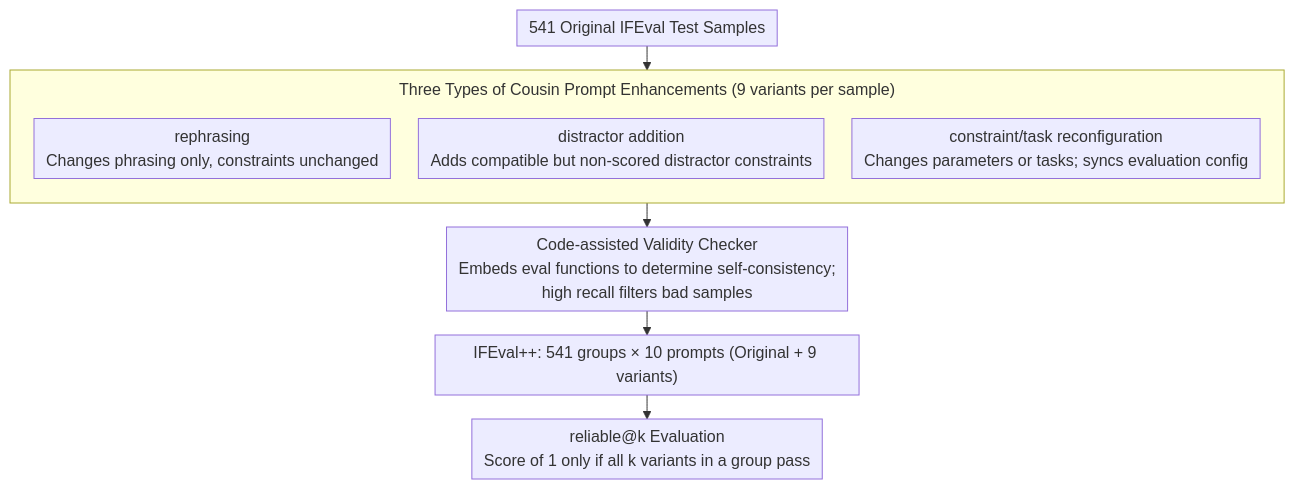
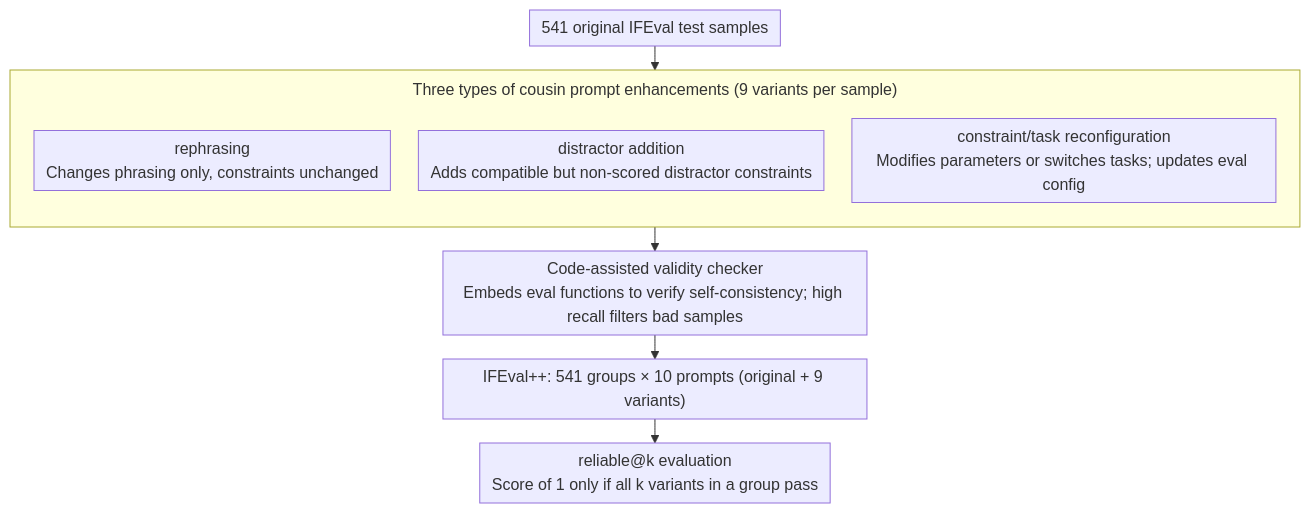
One commit to zhaoyang97/Paper-Notes-en changed the diagram in docs/ACL2026/llm_evaluation/revisiting_the_reliability_of_language_models_in_instruction-following.md. Above: the diagram before and after it, drawn with Mermaid. The commit also changed other lines of this file and 5084 other files, not shown here.

````diff
--- a/docs/ACL2026/llm_evaluation/revisiting_the_reliability_of_language_models_in_instruction-following.md
+++ b/docs/ACL2026/llm_evaluation/revisiting_the_reliability_of_language_models_in_instruction-following.md
@@ -47,15 +47,15 @@
 ```mermaid
 %%{init: {'flowchart': {'rankSpacing': 24, 'nodeSpacing': 28, 'padding': 6, 'wrappingWidth': 400, 'subGraphTitleMargin': {'top': 8, 'bottom': 16}}}}%%
 flowchart TD
-    A["541 Original IFEval Test Samples"]
+    A["541 original IFEval test samples"]
     A --> AUG
-    subgraph AUG["Three Types of Cousin Prompt Enhancements (9 variants per sample)"]
+    subgraph AUG["Three types of cousin prompt enhancements (9 variants per sample)"]
         direction TB
         B1["rephrasing<br/>Changes phrasing only, constraints unchanged"]
         B2["distractor addition<br/>Adds compatible but non-scored distractor constraints"]
-        B3["constraint/task reconfiguration<br/>Changes parameters or tasks; syncs evaluation config"]
+        B3["constraint/task reconfiguration<br/>Modifies parameters or switches tasks; updates eval config"]
     end
-    AUG --> C["Code-assisted Validity Checker<br/>Embeds eval functions to determine self-consistency;<br/>high recall filters bad samples"]
-    C --> D["IFEval++: 541 groups × 10 prompts (Original + 9 variants)"]
-    D --> E["reliable@k Evaluation<br/>Score of 1 only if all k variants in a group pass"]
+    AUG --> C["Code-assisted validity checker<br/>Embeds eval functions to verify self-consistency; high recall filters bad samples"]
+    C --> D["IFEval++: 541 groups × 10 prompts (original + 9 variants)"]
+    D --> E["reliable@k evaluation<br/>Score of 1 only if all k variants in a group pass"]
 ```
````
